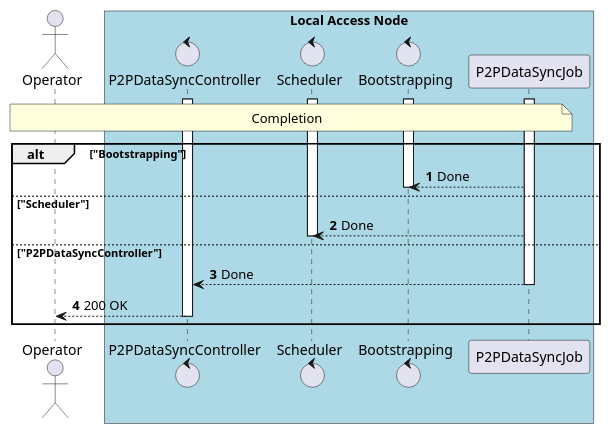
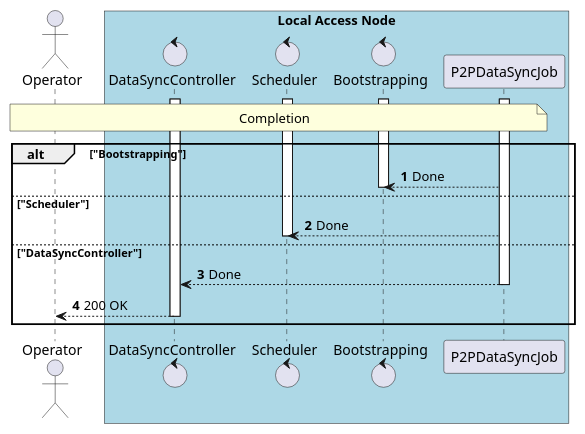
Before and after one commit to in2workspace/in2-guides: the diagram in desmos-tech-doc/diagrams/use-case-data-synchronization-4-completion.puml, drawn with PlantUML. The commit also changed 5 other files, not shown here.

Commit message:
fix(data-syncronization): change p2p data sync controller to data sync controller

```diff
--- a/desmos-tech-doc/diagrams/use-case-data-synchronization-4-completion.puml
+++ b/desmos-tech-doc/diagrams/use-case-data-synchronization-4-completion.puml
@@ -1,44 +1,44 @@
 @startuml
 'https://plantuml.com/sequence-diagram
 
 autonumber
 skinparam BoxPadding 10
 
 ' -------------------- Headers -------------------- '
 
 actor "Operator" as operator
 
 box "Local Access Node" #LightBlue
-    control "P2PDataSyncController" as p2p_data_sync_controller
+    control "DataSyncController" as p2p_data_sync_controller
     control "Scheduler" as scheduler
     control "Bootstrapping" as bootstrapping
     participant "P2PDataSyncJob" as p2p_data_sync_job
 end box
 
 
 ' -------------------- Diagram -------------------- '
 
 activate p2p_data_sync_job
 activate bootstrapping
 activate scheduler
 activate p2p_data_sync_controller
 
 note over operator, p2p_data_sync_job
     Completion
 end note
 
 alt "Bootstrapping"
     p2p_data_sync_job --> bootstrapping: Done
     deactivate bootstrapping
 else "Scheduler"
     p2p_data_sync_job --> scheduler: Done
     deactivate scheduler
-else "P2PDataSyncController"
+else "DataSyncController"
     p2p_data_sync_job --> p2p_data_sync_controller: Done
     deactivate p2p_data_sync_job
     p2p_data_sync_controller --> operator: 200 OK
     deactivate p2p_data_sync_controller
 end
 
 
 @enduml
```
